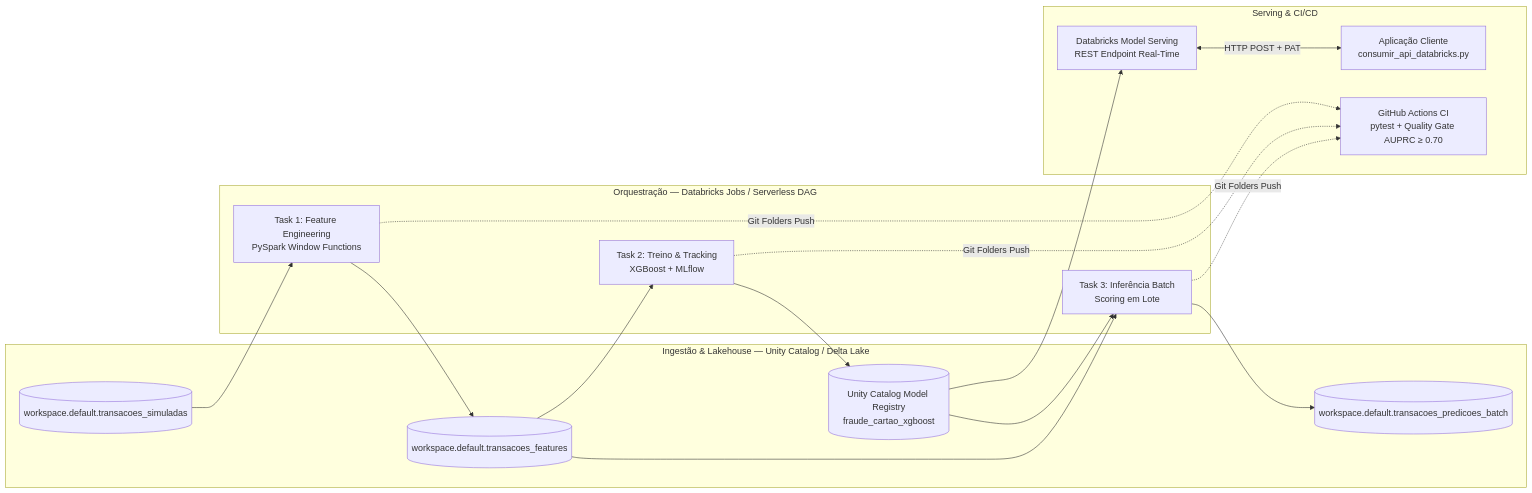
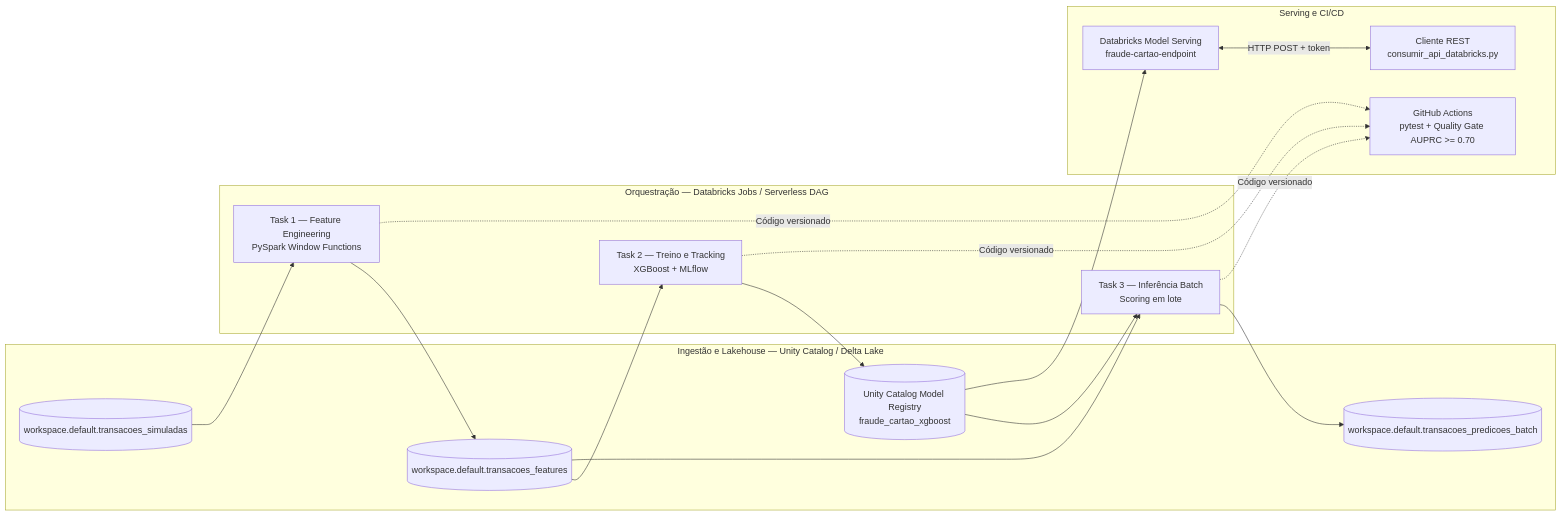
One commit to renatobenevenuto/fraude-cartao-mlops changed the diagram in README.md. Above: the diagram before and after it, drawn with Mermaid. The commit also changed other lines of this file, not shown here.

````diff
--- a/README.md
+++ b/README.md
@@ -34,31 +102,31 @@
 ```mermaid
 flowchart LR
-    subgraph Lakehouse["Ingestão & Lakehouse — Unity Catalog / Delta Lake"]
+    subgraph LAKE["Ingestão e Lakehouse — Unity Catalog / Delta Lake"]
         RAW[(workspace.default.transacoes_simuladas)]
         FEAT[(workspace.default.transacoes_features)]
         BATCH[(workspace.default.transacoes_predicoes_batch)]
         REG[(Unity Catalog Model Registry<br/>fraude_cartao_xgboost)]
     end
 
-    subgraph Orquestracao["Orquestração — Databricks Jobs / Serverless DAG"]
-        T1["Task 1: Feature Engineering<br/>PySpark Window Functions"]
-        T2["Task 2: Treino & Tracking<br/>XGBoost + MLflow"]
-        T3["Task 3: Inferência Batch<br/>Scoring em Lote"]
+    subgraph JOBS["Orquestração — Databricks Jobs / Serverless DAG"]
+        T1["Task 1 — Feature Engineering<br/>PySpark Window Functions"]
+        T2["Task 2 — Treino e Tracking<br/>XGBoost + MLflow"]
+        T3["Task 3 — Inferência Batch<br/>Scoring em lote"]
     end
 
-    subgraph Serving["Serving & CI/CD"]
-        API["Databricks Model Serving<br/>REST Endpoint Real-Time"]
-        CLIENT["Aplicação Cliente<br/>consumir_api_databricks.py"]
-        CI["GitHub Actions CI<br/>pytest + Quality Gate AUPRC ≥ 0.70"]
+    subgraph SERVING["Serving e CI/CD"]
+        API["Databricks Model Serving<br/>fraude-cartao-endpoint"]
+        CLIENT["Cliente REST<br/>consumir_api_databricks.py"]
+        CI["GitHub Actions<br/>pytest + Quality Gate AUPRC >= 0.70"]
     end
 
     RAW --> T1 --> FEAT
     FEAT --> T2 --> REG
+    FEAT --> T3 --> BATCH
     REG --> T3
-    FEAT --> T3 --> BATCH
     REG --> API
-    API <-->|HTTP POST + PAT| CLIENT
-    T1 -.->|Git Folders Push| CI
-    T2 -.->|Git Folders Push| CI
-    T3 -.->|Git Folders Push| CI
+    API <-->|"HTTP POST + token"| CLIENT
+    T1 -.->|"Código versionado"| CI
+    T2 -.->|"Código versionado"| CI
+    T3 -.->|"Código versionado"| CI
 ```
````
